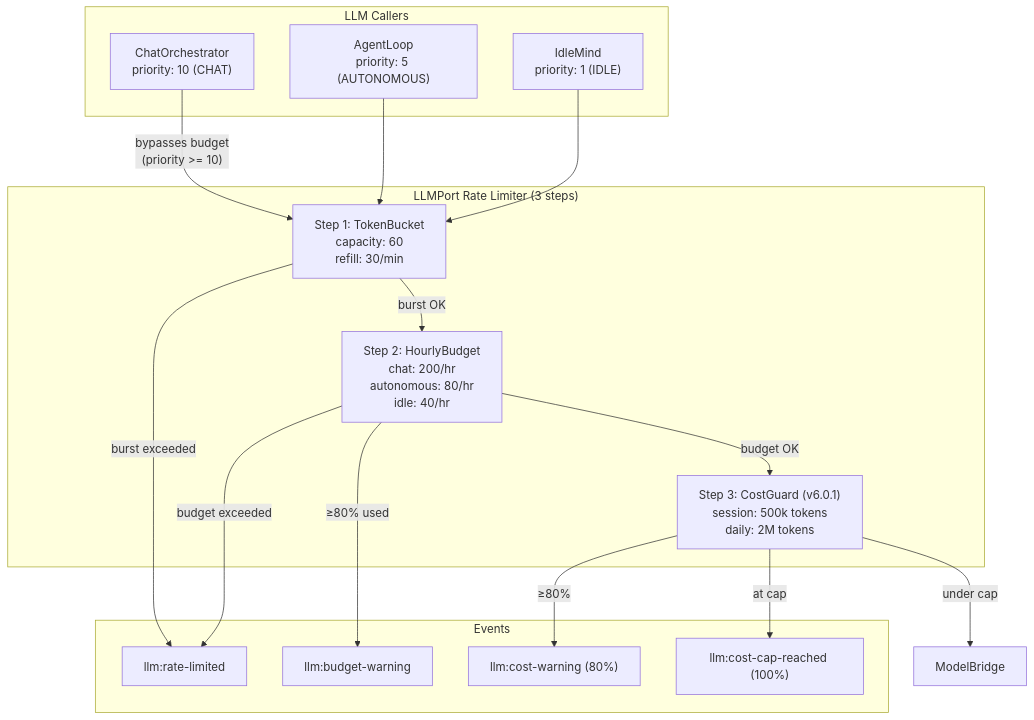
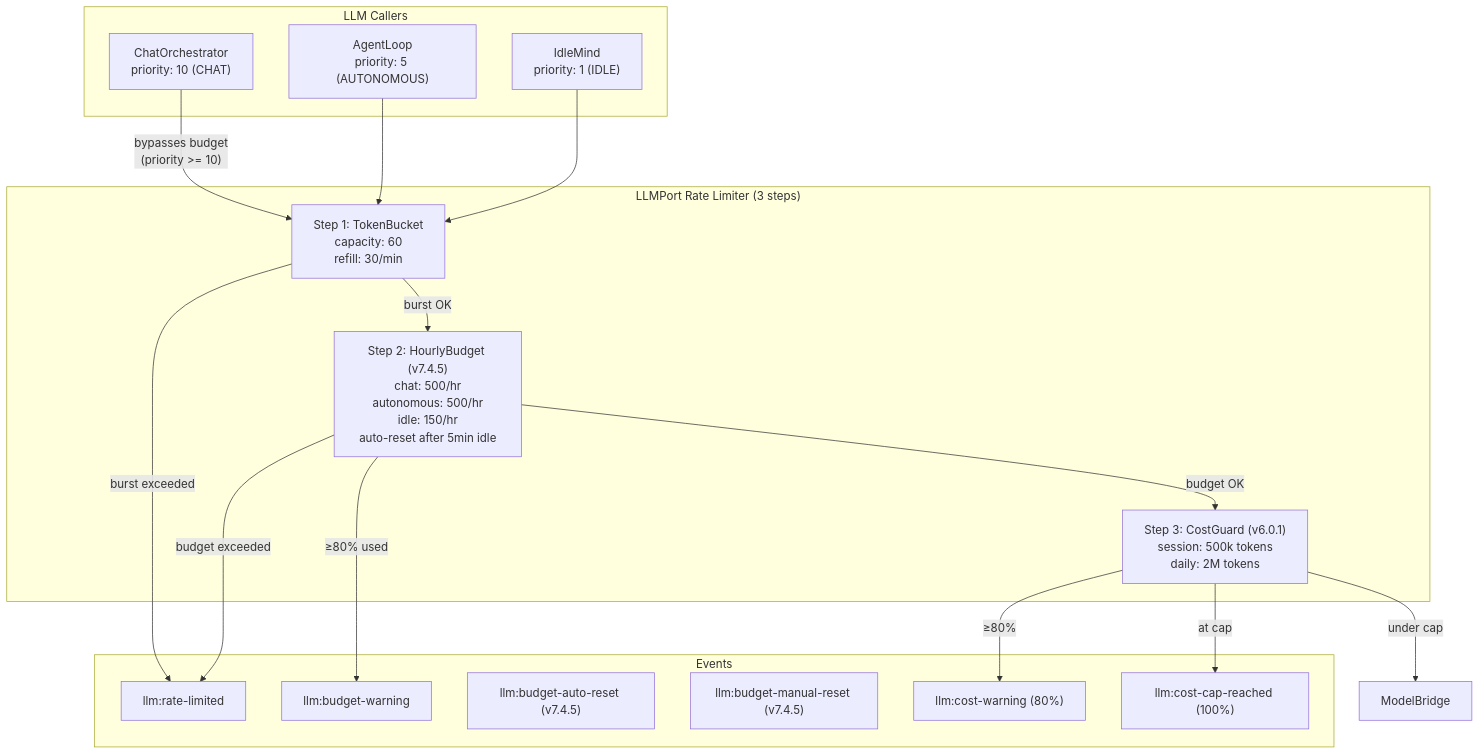
One commit to Garrus800-stack/genesis-agent changed the fifth of 8 diagrams in docs/EVENT-FLOW.md. Above: the diagram before and after it, drawn with Mermaid. The commit also changed other lines of this file and 7 other files, not shown here.

````diff
--- a/docs/EVENT-FLOW.md
+++ b/docs/EVENT-FLOW.md
@@ -315,33 +325,35 @@
 ```mermaid
 graph TD
     subgraph Callers["LLM Callers"]
         Chat["ChatOrchestrator<br/>priority: 10 (CHAT)"]
         Loop["AgentLoop<br/>priority: 5 (AUTONOMOUS)"]
         Idle["IdleMind<br/>priority: 1 (IDLE)"]
     end
 
     subgraph RateLimit["LLMPort Rate Limiter (3 steps)"]
         Bucket["Step 1: TokenBucket<br/>capacity: 60<br/>refill: 30/min"]
-        Budget["Step 2: HourlyBudget<br/>chat: 200/hr<br/>autonomous: 80/hr<br/>idle: 40/hr"]
+        Budget["Step 2: HourlyBudget (v7.4.5)<br/>chat: 500/hr<br/>autonomous: 500/hr<br/>idle: 150/hr<br/>auto-reset after 5min idle"]
         CostG["Step 3: CostGuard (v6.0.1)<br/>session: 500k tokens<br/>daily: 2M tokens"]
     end
 
     subgraph Events["Events"]
         limited["llm:rate-limited"]
         warning["llm:budget-warning"]
+        autoReset["llm:budget-auto-reset (v7.4.5)"]
+        manualReset["llm:budget-manual-reset (v7.4.5)"]
         costWarn["llm:cost-warning (80%)"]
         costCap["llm:cost-cap-reached (100%)"]
     end
 
     Chat -->|"bypasses budget<br/>(priority >= 10)"| Bucket
     Loop --> Bucket
     Idle --> Bucket
     Bucket -->|"burst OK"| Budget
     Bucket -->|"burst exceeded"| limited
     Budget -->|"budget OK"| CostG
     Budget -->|"budget exceeded"| limited
     Budget -->|"≥80% used"| warning
     CostG -->|"under cap"| LLM["ModelBridge"]
     CostG -->|"at cap"| costCap
     CostG -->|"≥80%"| costWarn
 ```
````
